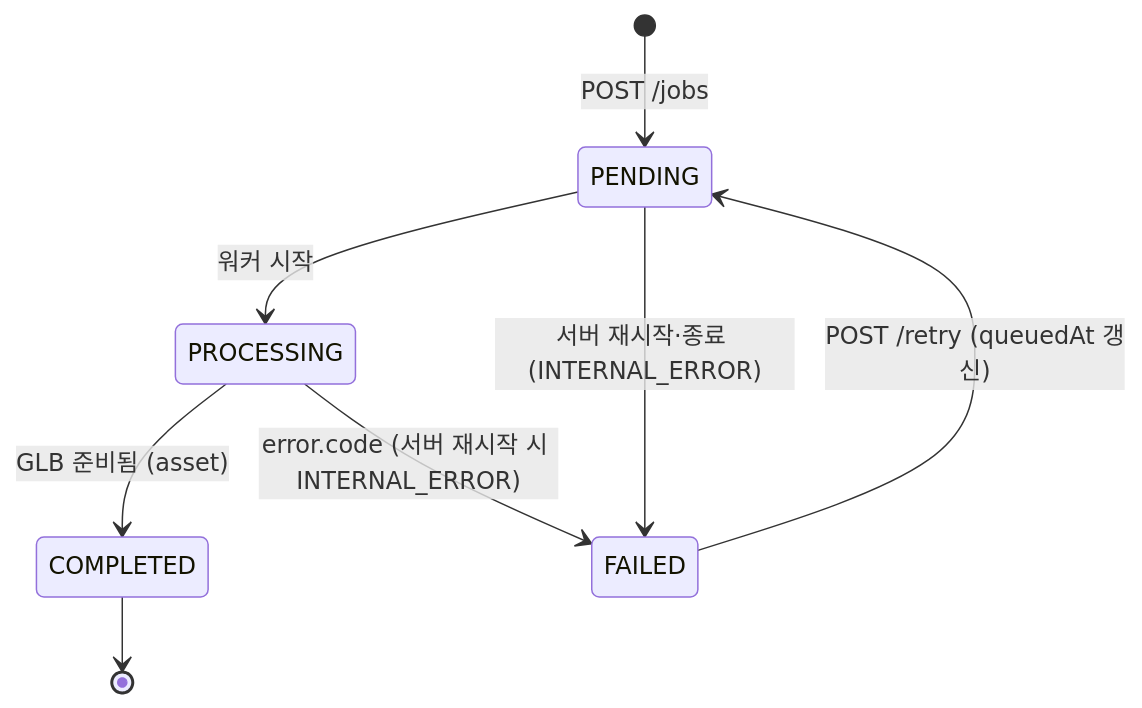
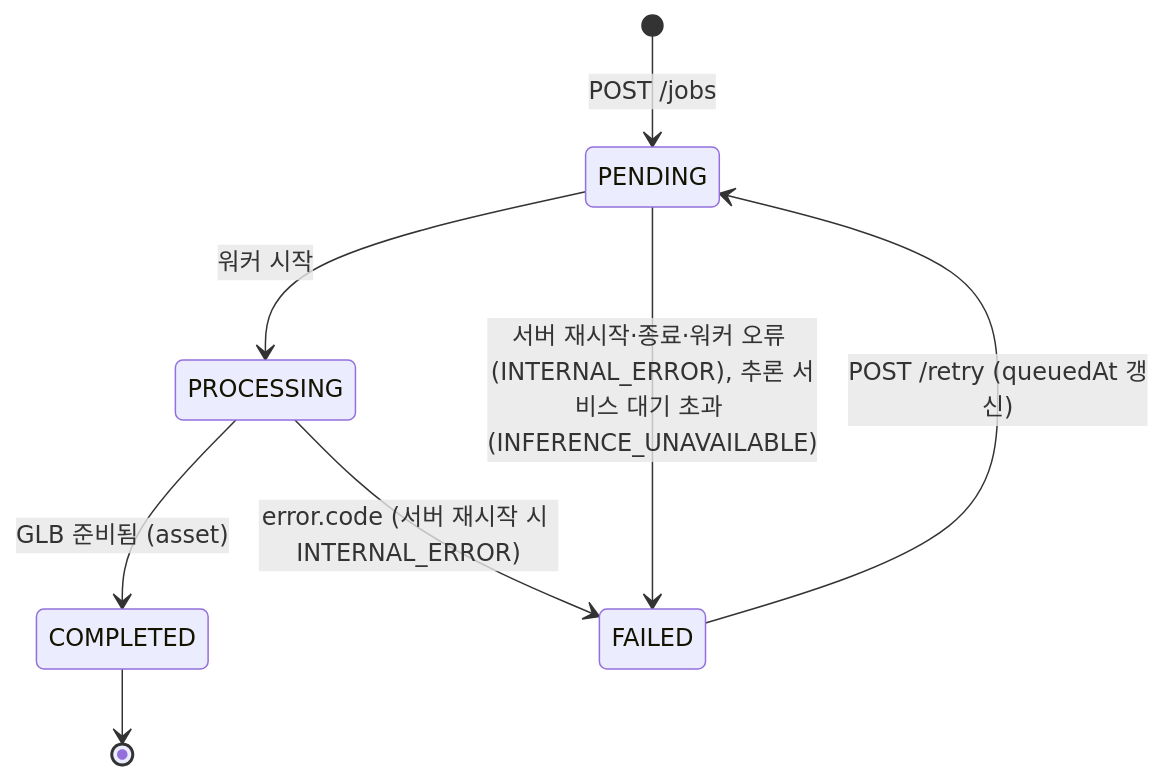
The third of 3 diagrams in docs/ARCHITECTURE.md (minwoo3717/Beside), drawn with Mermaid before and after one commit. The commit also changed 1 other file, not shown here.

Commit message:
[Backend] 워커 예외 고침 문서: 검토 반영 — 상태 머신 그림의 PENDING → FAILED 가 아직 "서버 재시작·종료"만 적어 바로 아래 새 문단(워커 오류도 그 자리에서 FAILED)과 어긋났고, 계약 문서의 INTERNAL_ERROR 설명이 mock 워커를 빠뜨린 것을 계약 파일을 건드리지 않고 남겨 두려고
- docs/ARCHITECTURE.md 상태 머신: PENDING → FAILED 에 워커 오류(INTERNAL_ERROR)와 추론 서비스 대기 초과(INFERENCE_UNAVAILABLE)를 더함. 대기 초과는 이 고침 전부터 PENDING 에서 FAILED 로 가는 길이었지만 그림에 없었다
- docs/CHECKLIST.md 6절 문서 불일치: ERROR_CODES.md:44·CONTRACT.md:107 의 INTERNAL_ERROR 설명이 "real 워커의 예기치 못한 오류"만 적음 ↔ mock 워커도 이제 "Mock worker error (…)" 로 끝냄. 계약 파일이라 이 조각에서는 고치지 않고 회의 안건(#16)과 함께 고친다. 설명 문구만이고 코드 값·상태 코드·앱 문구는 그대로
- 코드·시험 변경 없음. backend 전체 시험 262개 통과(건너뜀 12, 모델 파일 필요), mock-mvp.test.cjs 18개 통과(건너뜀 1)

````diff
--- a/docs/ARCHITECTURE.md
+++ b/docs/ARCHITECTURE.md
@@ -75,10 +75,10 @@
 ```mermaid
 stateDiagram-v2
     [*] --> PENDING: POST /jobs
     PENDING --> PROCESSING: 워커 시작
     PROCESSING --> COMPLETED: GLB 준비됨 (asset)
     PROCESSING --> FAILED: error.code (서버 재시작 시 INTERNAL_ERROR)
-    PENDING --> FAILED: 서버 재시작·종료 (INTERNAL_ERROR)
+    PENDING --> FAILED: 서버 재시작·종료·워커 오류 (INTERNAL_ERROR), 추론 서비스 대기 초과 (INFERENCE_UNAVAILABLE)
     FAILED --> PENDING: POST /retry (queuedAt 갱신)
     COMPLETED --> [*]
 ```
````
